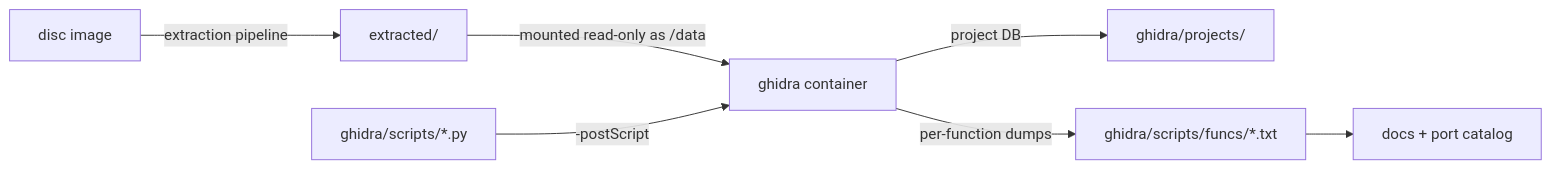
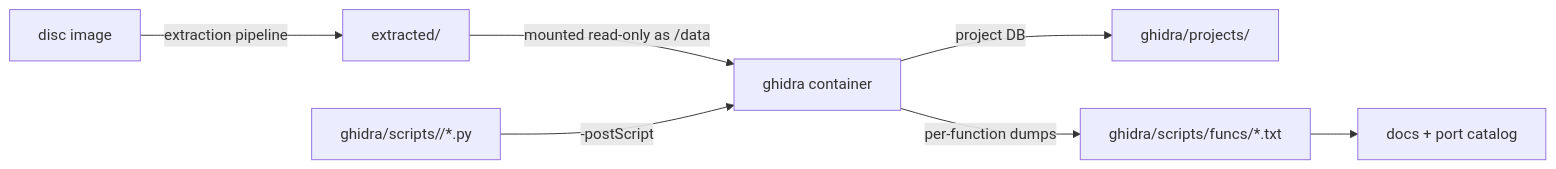
The diagram in docs/tooling/ghidra.md (AndrewAltimit/legend-of-legaia-re), drawn with Mermaid before and after one commit. The commit also changed other lines of this file and 423 other files, not shown here.

First line of the commit message:
Gap wave 5: unseeded run reaches 31, Ghidra script layout, battle kernels, summon directors, host parity (#528)

````diff
--- a/docs/tooling/ghidra.md
+++ b/docs/tooling/ghidra.md
@@ -7,9 +7,9 @@
 ```mermaid
 flowchart LR
     disc["disc image"] -->|"extraction pipeline"| ext["extracted/"]
     ext -->|"mounted read-only as /data"| ghidra["ghidra container"]
-    scripts["ghidra/scripts/*.py"] -->|"-postScript"| ghidra
+    scripts["ghidra/scripts/<bucket>/*.py"] -->|"-postScript"| ghidra
     ghidra -->|"project DB"| proj["ghidra/projects/"]
     ghidra -->|"per-function dumps"| funcs["ghidra/scripts/funcs/*.txt"]
     funcs --> docs["docs + port catalog"]
 ```
````
